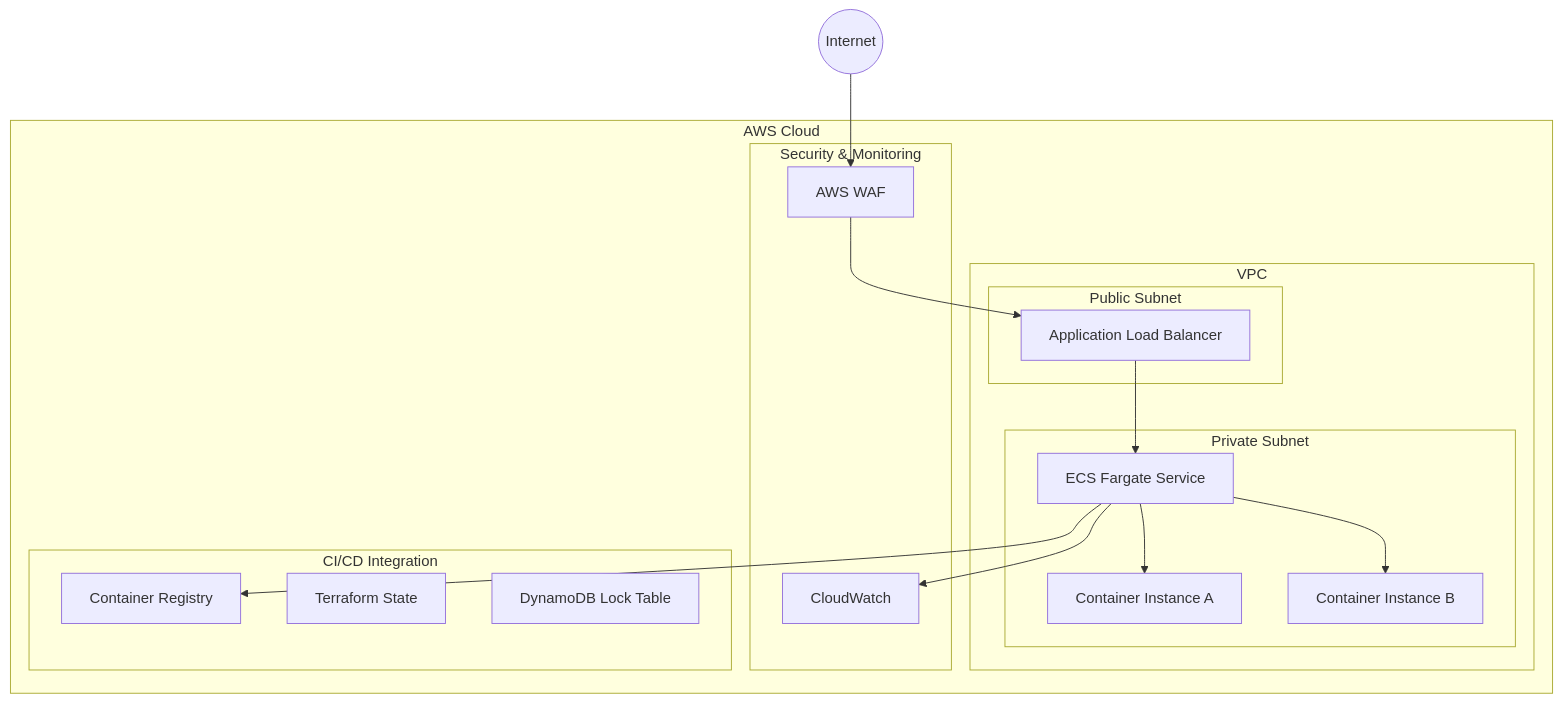
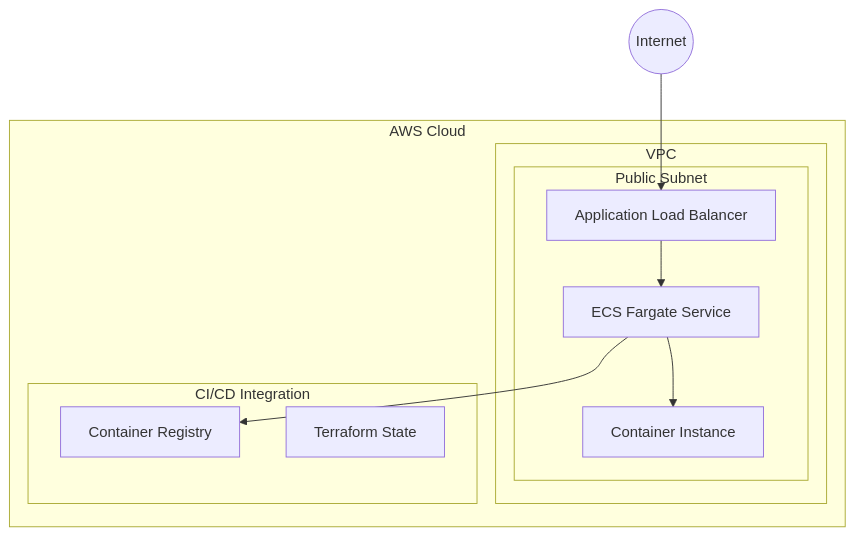
The second of 5 diagrams in sample-projects/GitLab-DevSecOps/README.md (secopsarch/aztf-aks-gitops), drawn with Mermaid before and after one commit. The commit also changed other lines of this file and 18 other files, not shown here.

````diff
--- a/sample-projects/GitLab-DevSecOps/README.md
+++ b/sample-projects/GitLab-DevSecOps/README.md
@@ -24,32 +21,21 @@
 ```mermaid
 graph TB
     subgraph "AWS Cloud"
         subgraph "VPC"
             subgraph "Public Subnet"
                 ALB[Application Load Balancer]
-            end
-            subgraph "Private Subnet"
                 ECS[ECS Fargate Service]
-                ECS --> ContainerA[Container Instance A]
-                ECS --> ContainerB[Container Instance B]
+                ECS --> Container[Container Instance]
             end
         end
         
-        subgraph "Security & Monitoring"
-            CW[CloudWatch]
-            WAF[AWS WAF]
-        end
-        
         subgraph "CI/CD Integration"
-            ECR[Container Registry]
+            Registry[Container Registry]
             S3[Terraform State]
-            DDB[DynamoDB Lock Table]
         end
     end
     
-    Internet((Internet)) --> WAF
-    WAF --> ALB
+    Internet((Internet)) --> ALB
     ALB --> ECS
-    ECS --> ECR
-    ECS --> CW
+    ECS --> Registry
 ```
````
